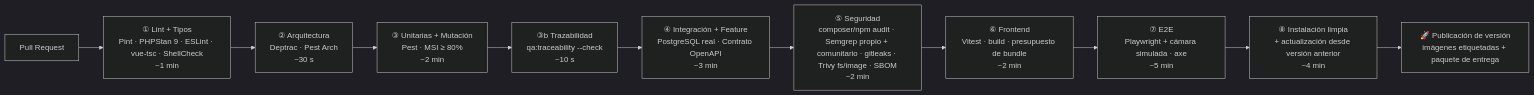
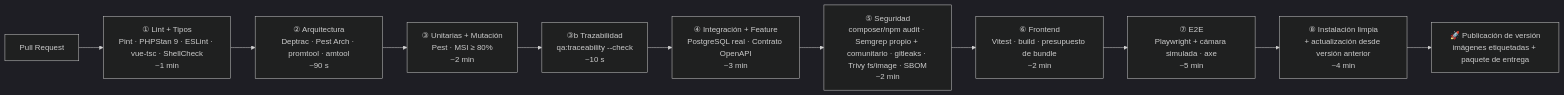
Before and after one commit to BorjaPeonSaiz/KronoQR: the sixth of 6 diagrams in docs/02-stack-tecnologico-y-plan-implementacion.md, drawn with Mermaid (dark theme). The commit also changed other lines of this file and 98 other files, not shown here.

````diff
--- a/docs/02-stack-tecnologico-y-plan-implementacion.md
+++ b/docs/02-stack-tecnologico-y-plan-implementacion.md
@@ -1009,13 +1018,13 @@
 ```mermaid
 graph LR
     PR["Pull Request"] --> L["① Lint + Tipos<br/>Pint · PHPStan 9 · ESLint · vue-tsc · ShellCheck<br/>~1 min"]
-    L --> A["② Arquitectura<br/>Deptrac · Pest Arch<br/>~30 s"]
+    L --> A["② Arquitectura<br/>Deptrac · Pest Arch · promtool · amtool<br/>~90 s"]
     A --> U["③ Unitarias + Mutación<br/>Pest · MSI ≥ 80%<br/>~2 min"]
     U --> T["③b Trazabilidad<br/>qa:traceability --check<br/>~10 s"]
     T --> I["④ Integración + Feature<br/>PostgreSQL real · Contrato OpenAPI<br/>~3 min"]
     I --> S["⑤ Seguridad<br/>composer/npm audit · Semgrep propio + comunitario · gitleaks · Trivy fs/image · SBOM<br/>~2 min"]
     S --> F["⑥ Frontend<br/>Vitest · build · presupuesto de bundle<br/>~2 min"]
     F --> E["⑦ E2E<br/>Playwright + cámara simulada · axe<br/>~5 min"]
     E --> INST["⑧ Instalación limpia<br/>+ actualización desde versión anterior<br/>~4 min"]
     INST --> REL["🚀 Publicación de versión<br/>imágenes etiquetadas + paquete de entrega"]
 ```
````
